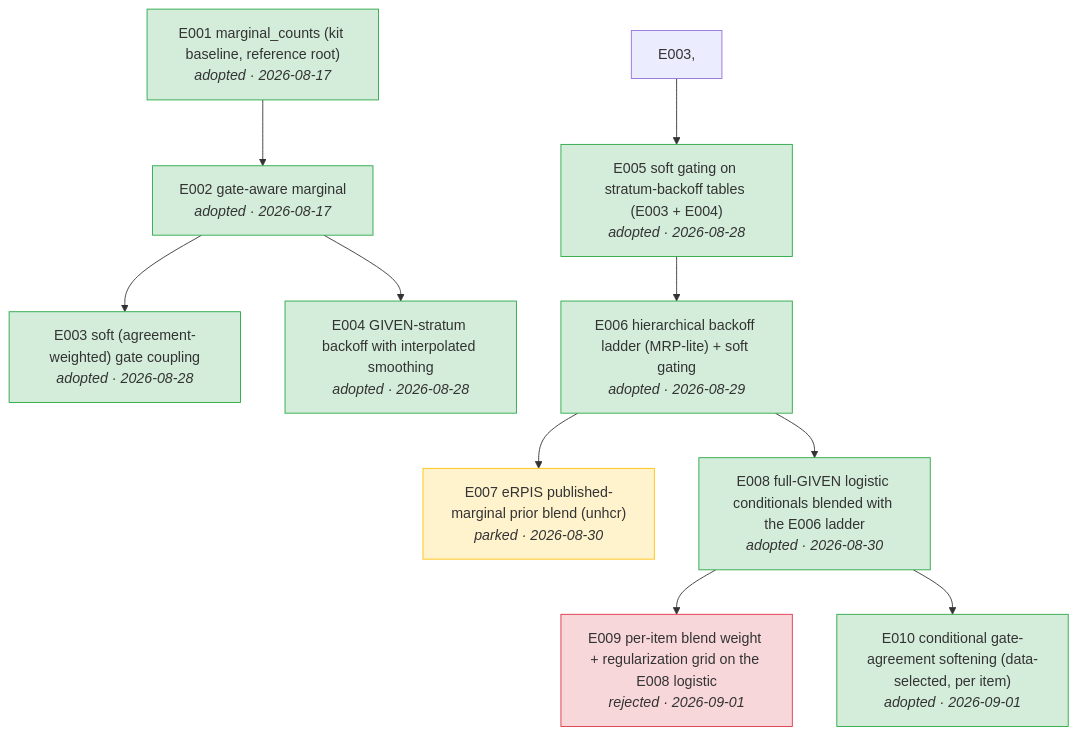
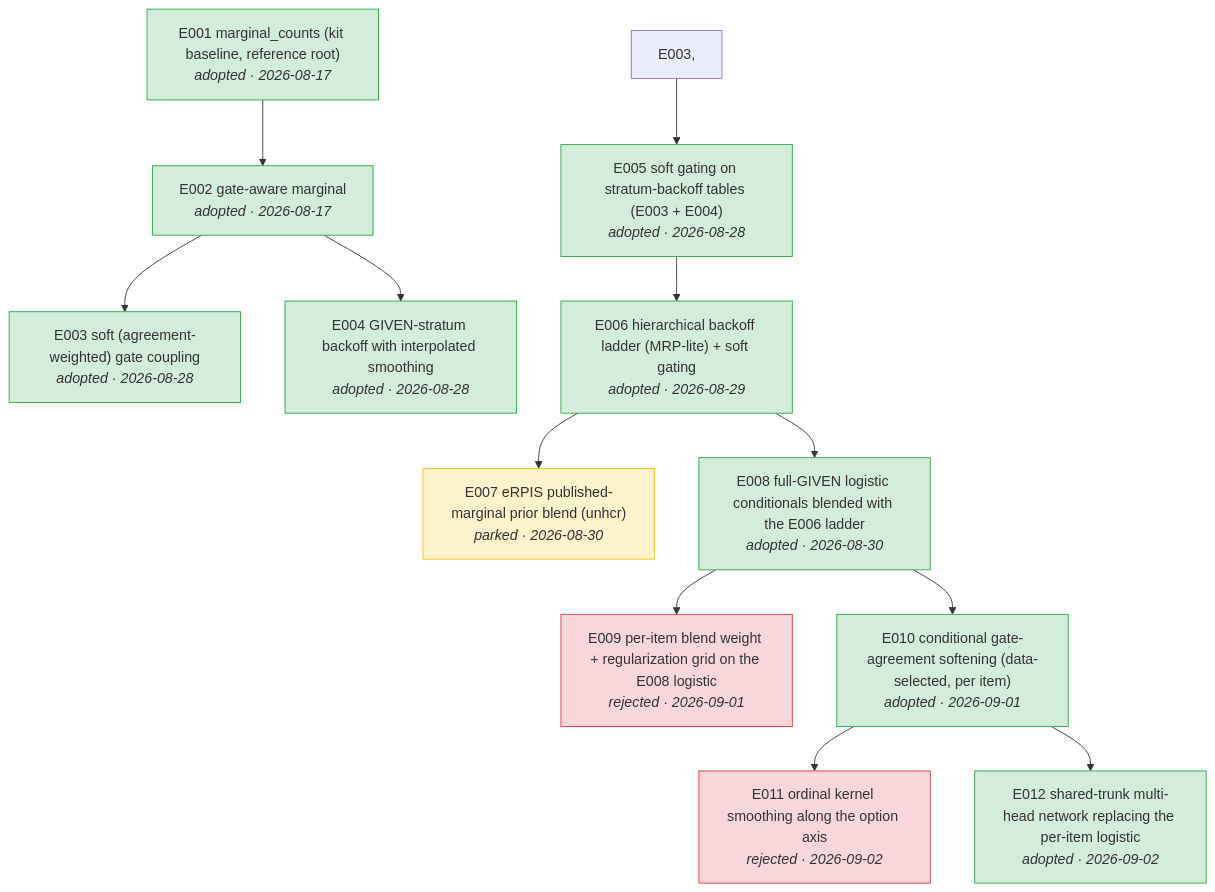
Before and after one commit to joon56/Simulacrabench-NeurIPS-2026-: the diagram in docs/tree.md, drawn with Mermaid. The commit also changed 10 other files, not shown here.

First line of the commit message:
E011: rejected on own sim (null headroom); E012: shared-trunk net, submission #6

````diff
--- a/docs/tree.md
+++ b/docs/tree.md
@@ -5,28 +5,32 @@
 ```mermaid
 flowchart TD
     E001["E001 marginal_counts (kit baseline, reference root)<br/><i>adopted · 2026-08-17</i>"]
     E002["E002 gate-aware marginal<br/><i>adopted · 2026-08-17</i>"]
     E001 --> E002
     E003["E003 soft (agreement-weighted) gate coupling<br/><i>adopted · 2026-08-28</i>"]
     E002 --> E003
     E004["E004 GIVEN-stratum backoff with interpolated smoothing<br/><i>adopted · 2026-08-28</i>"]
     E002 --> E004
     E005["E005 soft gating on stratum-backoff tables (E003 + E004)<br/><i>adopted · 2026-08-28</i>"]
     E003, --> E005
     E006["E006 hierarchical backoff ladder (MRP-lite) + soft gating<br/><i>adopted · 2026-08-29</i>"]
     E005 --> E006
     E007["E007 eRPIS published-marginal prior blend (unhcr)<br/><i>parked · 2026-08-30</i>"]
     E006 --> E007
     E008["E008 full-GIVEN logistic conditionals blended with the E006 ladder<br/><i>adopted · 2026-08-30</i>"]
     E006 --> E008
     E009["E009 per-item blend weight + regularization grid on the E008 logistic<br/><i>rejected · 2026-09-01</i>"]
     E008 --> E009
     E010["E010 conditional gate-agreement softening (data-selected, per item)<br/><i>adopted · 2026-09-01</i>"]
     E008 --> E010
+    E011["E011 ordinal kernel smoothing along the option axis<br/><i>rejected · 2026-09-02</i>"]
+    E010 --> E011
+    E012["E012 shared-trunk multi-head network replacing the per-item logistic<br/><i>adopted · 2026-09-02</i>"]
+    E010 --> E012
     classDef adopted fill:#d4edda,stroke:#28a745
-    class E001,E002,E003,E004,E005,E006,E008,E010 adopted
+    class E001,E002,E003,E004,E005,E006,E008,E010,E012 adopted
     classDef rejected fill:#f8d7da,stroke:#dc3545
-    class E009 rejected
+    class E009,E011 rejected
     classDef parked fill:#fff3cd,stroke:#ffc107
     class E007 parked
 ```
````
